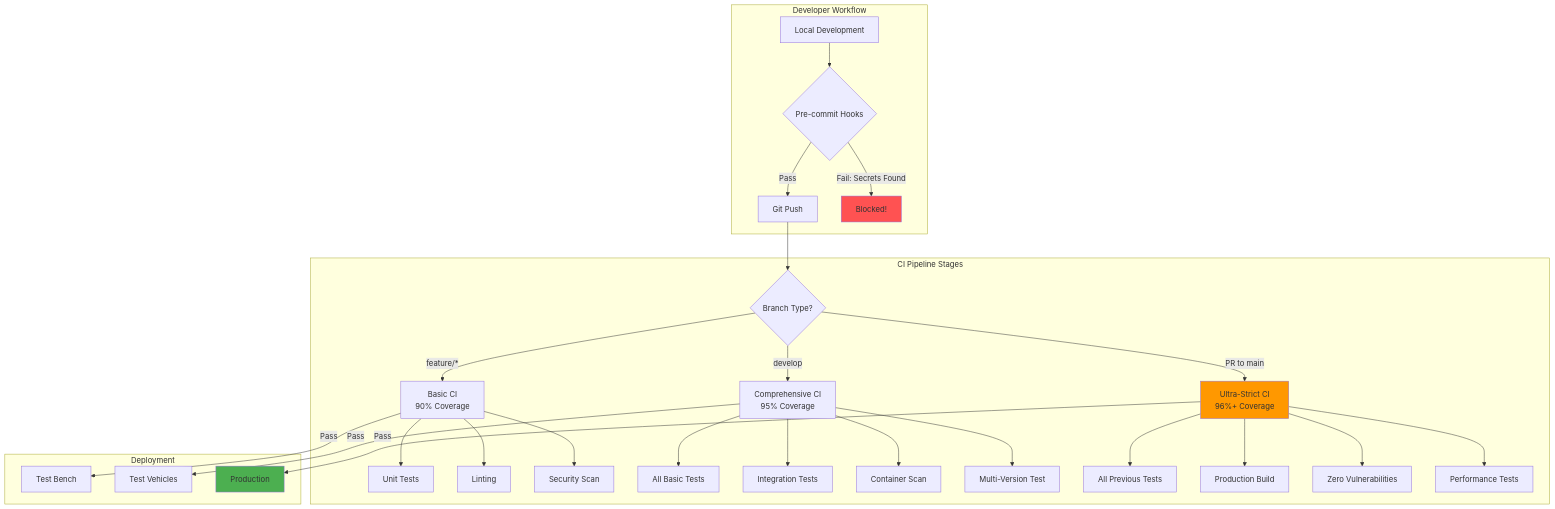
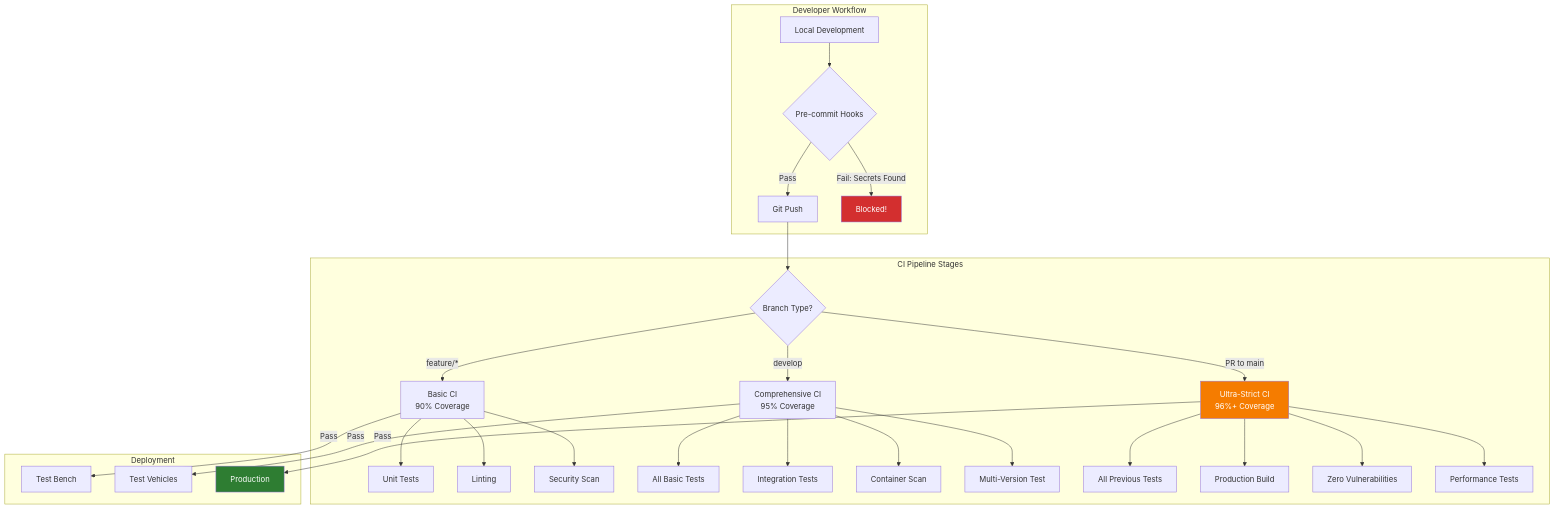
One commit to mvalancy-mt/training-materials changed the fourth of 10 diagrams in README.md. Above: the diagram before and after it, drawn with Mermaid. The commit also changed other lines of this file and 2 other files, not shown here.

First line of the commit message:
fix: improve mermaid diagram readability with high-contrast colors (#9)

````diff
--- a/README.md
+++ b/README.md
@@ -105,40 +105,40 @@
 ```mermaid
 flowchart TB
     subgraph "Developer Workflow"
         A[Local Development] --> B{Pre-commit Hooks}
         B -->|Pass| C[Git Push]
         B -->|Fail: Secrets Found| D[Blocked!]
     end
 
     subgraph "CI Pipeline Stages"
         C --> E{Branch Type?}
 
         E -->|feature/*| F[Basic CI<br/>90% Coverage]
         E -->|develop| G[Comprehensive CI<br/>95% Coverage]
         E -->|PR to main| H[Ultra-Strict CI<br/>96%+ Coverage]
 
         F --> I[Unit Tests]
         F --> J[Linting]
         F --> K[Security Scan]
 
         G --> L[All Basic Tests]
         G --> M[Integration Tests]
         G --> N[Container Scan]
         G --> O[Multi-Version Test]
 
         H --> P[All Previous Tests]
         H --> Q[Production Build]
         H --> R[Zero Vulnerabilities]
         H --> S[Performance Tests]
     end
 
     subgraph "Deployment"
         F -->|Pass| T[Test Bench]
         G -->|Pass| U[Test Vehicles]
         H -->|Pass| V[Production]
     end
 
-    style D fill:#ff5252
-    style V fill:#4caf50
-    style H fill:#ff9800
+    style D fill:#d32f2f,color:#ffffff
+    style V fill:#2e7d32,color:#ffffff
+    style H fill:#f57c00,color:#ffffff
 ```
````
